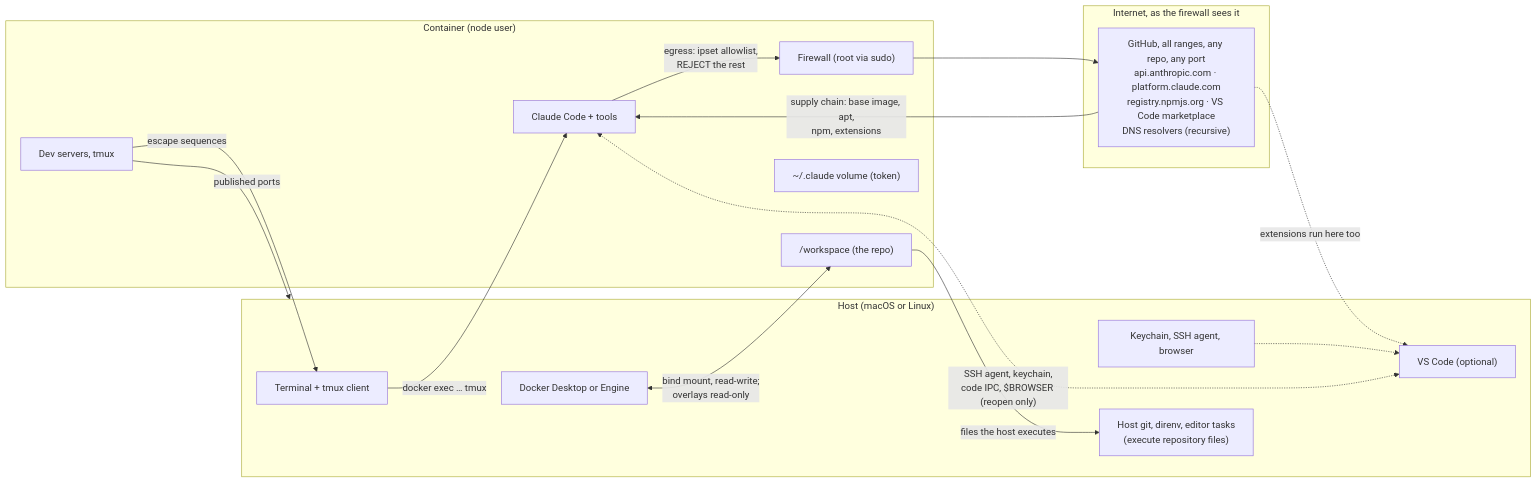
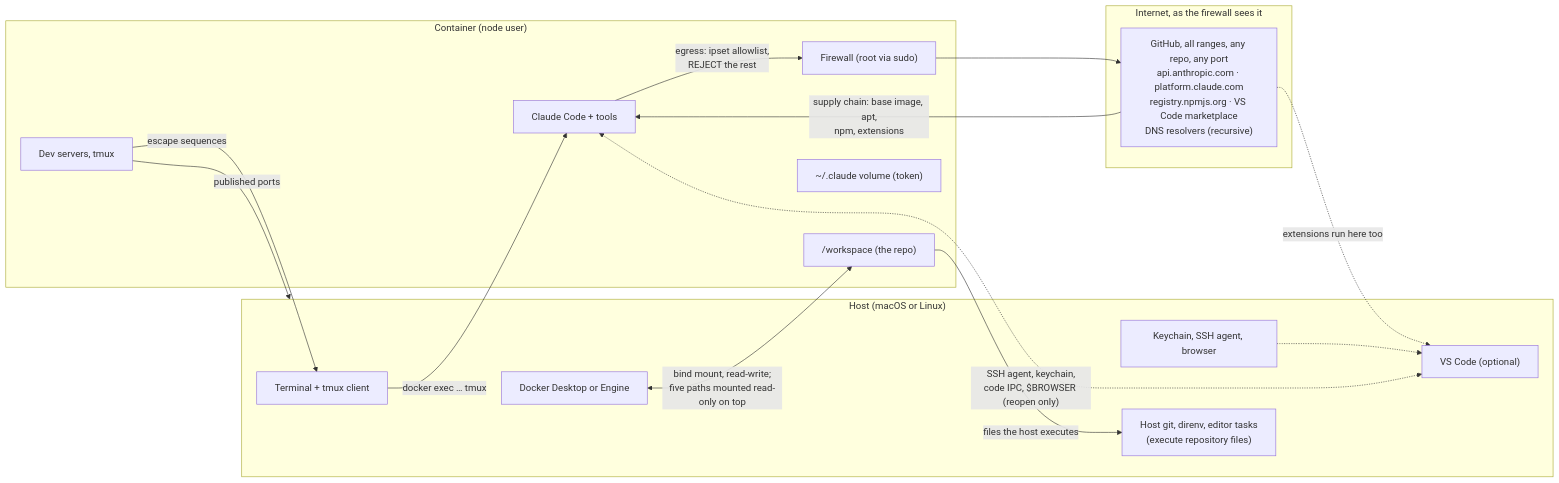
One commit to marceljay/claude-boilerplate changed the diagram in docs/SECURITY-MODEL.md. Above: the diagram before and after it, drawn with Mermaid. The commit also changed other lines of this file and 15 other files, not shown here.

First line of the commit message:
docs: say read-only mount instead of overlay

````diff
--- a/docs/SECURITY-MODEL.md
+++ b/docs/SECURITY-MODEL.md
@@ -129,30 +129,30 @@
 ```mermaid
 flowchart LR
     subgraph host["Host (macOS or Linux)"]
         term["Terminal + tmux client"]
         docker["Docker Desktop or Engine"]
         vscode["VS Code (optional)"]
         secrets["Keychain, SSH agent, browser"]
         hostgit["Host git, direnv, editor tasks<br/>(execute repository files)"]
     end
     subgraph container["Container (node user)"]
         claude["Claude Code + tools"]
         ws["/workspace (the repo)"]
         fw["Firewall (root via sudo)"]
         vol["~/.claude volume (token)"]
         dev["Dev servers, tmux"]
     end
     subgraph net["Internet, as the firewall sees it"]
         allowed["GitHub, all ranges, any repo, any port<br/>api.anthropic.com · platform.claude.com<br/>registry.npmjs.org · VS Code marketplace<br/>DNS resolvers (recursive)"]
     end
     term -->|"docker exec … tmux"| claude
-    docker <-->|"bind mount, read-write;<br/>overlays read-only"| ws
+    docker <-->|"bind mount, read-write;<br/>five paths mounted read-only on top"| ws
     vscode <-.->|"SSH agent, keychain,<br/>code IPC, $BROWSER (reopen only)"| claude
     secrets -.-> vscode
     dev -->|"published ports"| host
     dev -->|"escape sequences"| term
     ws -->|"files the host executes"| hostgit
     claude -->|"egress: ipset allowlist,<br/>REJECT the rest"| fw --> allowed
     allowed -->|"supply chain: base image, apt,<br/>npm, extensions"| claude
     allowed -.->|"extensions run here too"| vscode
 ```
````
